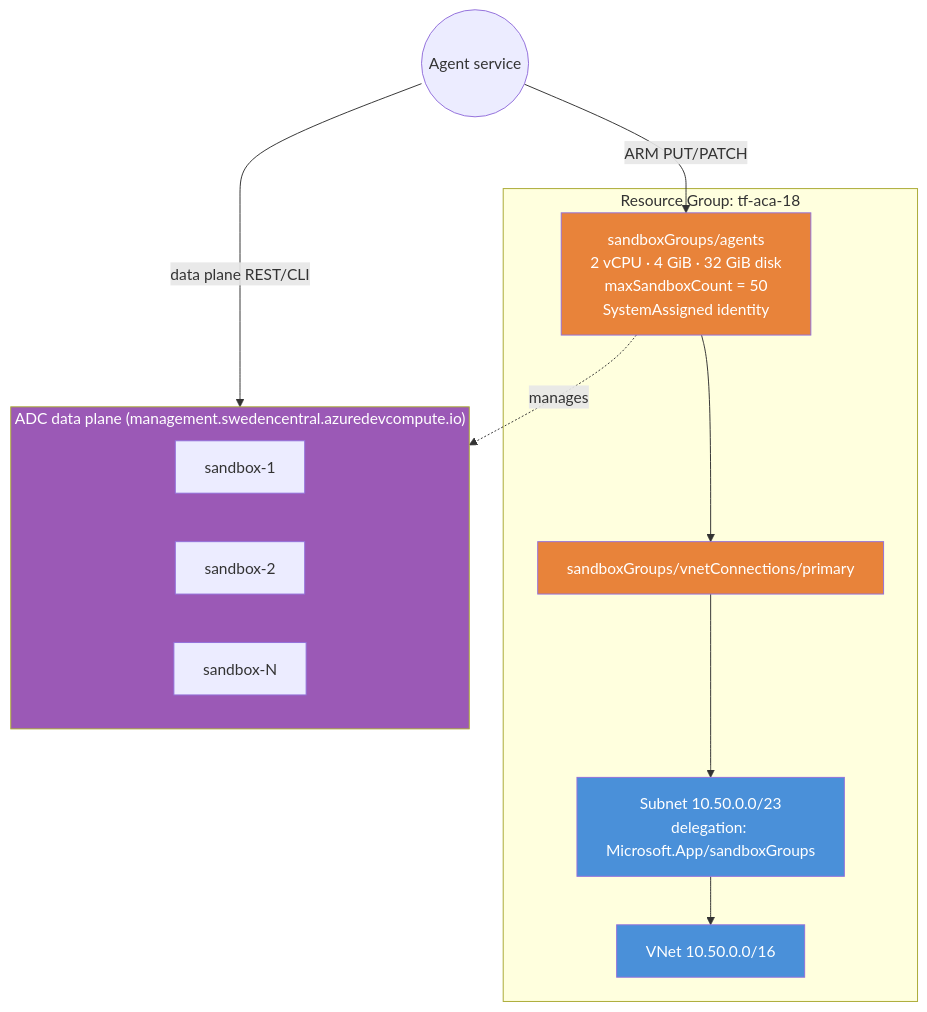
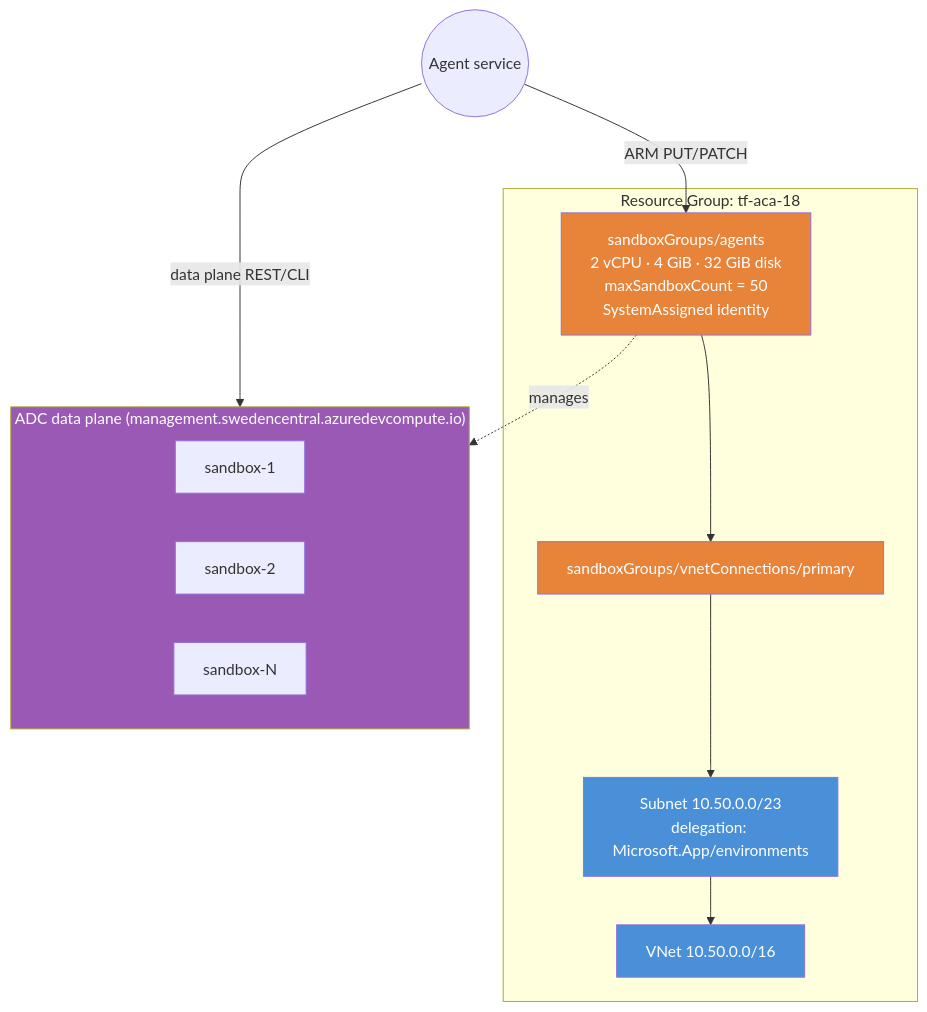
One commit to Azure/terraform-provider-aca changed the diagram in examples/sandbox_groups/README.md. Above: the diagram before and after it, drawn with Mermaid. The commit also changed other lines of this file and 2 other files, not shown here.

Commit message:
Fix sandbox_groups end-to-end deploy
- vnet_connection: pass `location` as a dedicated azapi_resource argument
  instead of nesting it inside the body (the previous `request.location`
  wrapper produced a 400 from ARM).
- Pre-delegate the sample subnet to `Microsoft.App/environments` — verified
  empirically that the sandboxGroups/vnetConnections RP requires this
  delegation on the target subnet (RP returns
  `SubnetMissingRequiredDelegation` otherwise). AzureRM accepts this
  delegation name today, so no AzAPI overlay is needed for the subnet.

Verified end-to-end against API 2026-02-01-preview in swedencentral:
  - sandboxGroups/agents:        provisioningState=Succeeded
  - sandboxGroups/.../vnetConnections/primary: provisioningState=Succeeded,
    subnetId echoed back correctly.

````diff
--- a/examples/sandbox_groups/README.md
+++ b/examples/sandbox_groups/README.md
@@ -61,30 +61,30 @@
 ```mermaid
 graph TD
     USER(("Agent service"))
 
     subgraph RG["Resource Group: tf-aca-18"]
         VNET["VNet 10.50.0.0/16"]
-        SUBNET["Subnet 10.50.0.0/23<br/>delegation: Microsoft.App/sandboxGroups"]
+        SUBNET["Subnet 10.50.0.0/23<br/>delegation: Microsoft.App/environments"]
         SG["sandboxGroups/agents<br/>2 vCPU · 4 GiB · 32 GiB disk<br/>maxSandboxCount = 50<br/>SystemAssigned identity"]
         VC["sandboxGroups/vnetConnections/primary"]
     end
 
     subgraph DP["ADC data plane (management.swedencentral.azuredevcompute.io)"]
         SBX1["sandbox-1"]
         SBX2["sandbox-2"]
         SBX3["sandbox-N"]
     end
 
     USER -->|"ARM PUT/PATCH"| SG
     USER -->|"data plane REST/CLI"| DP
     SG --> VC
     VC --> SUBNET
     SUBNET --> VNET
     SG -.->|"manages"| DP
 
     style SG fill:#E8833A,color:#fff
     style VC fill:#E8833A,color:#fff
     style DP fill:#9b59b6,color:#fff
     style VNET fill:#4A90D9,color:#fff
     style SUBNET fill:#4A90D9,color:#fff
 ```
````
